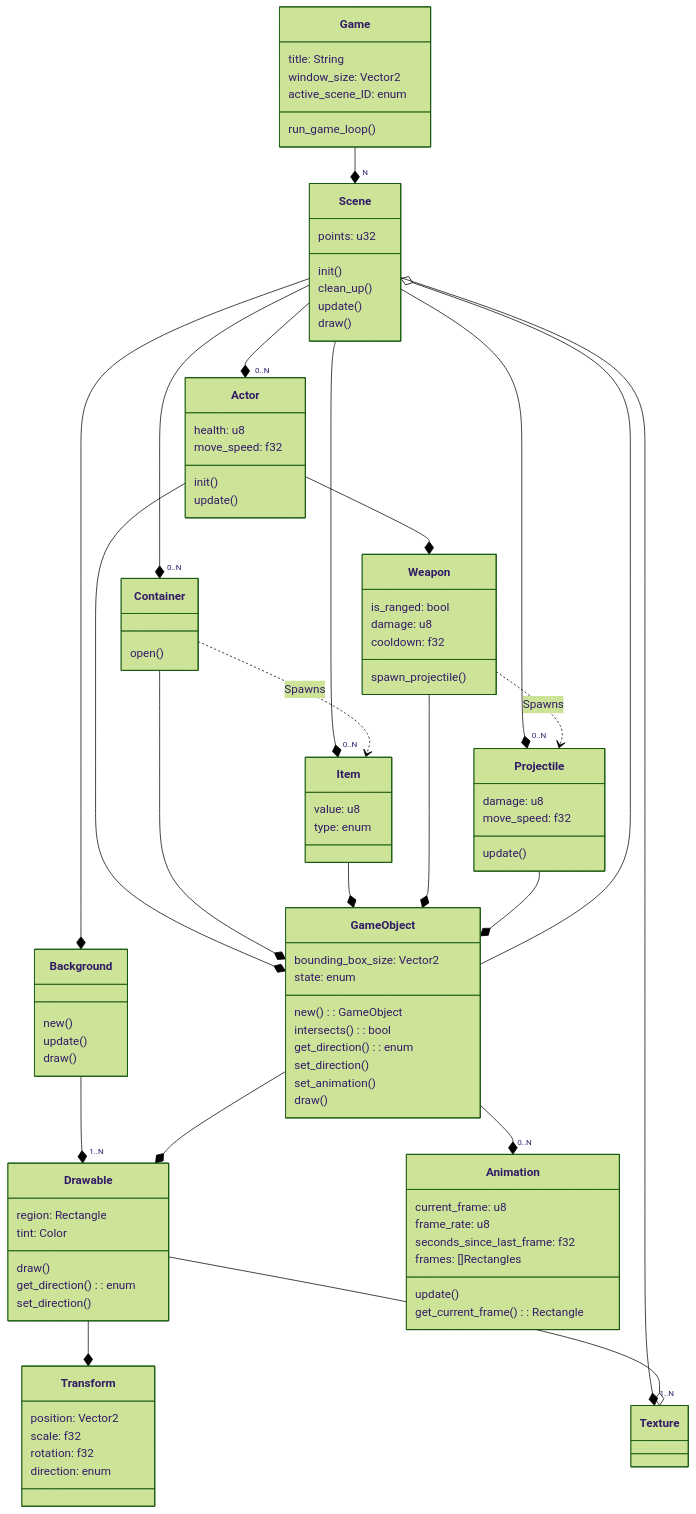
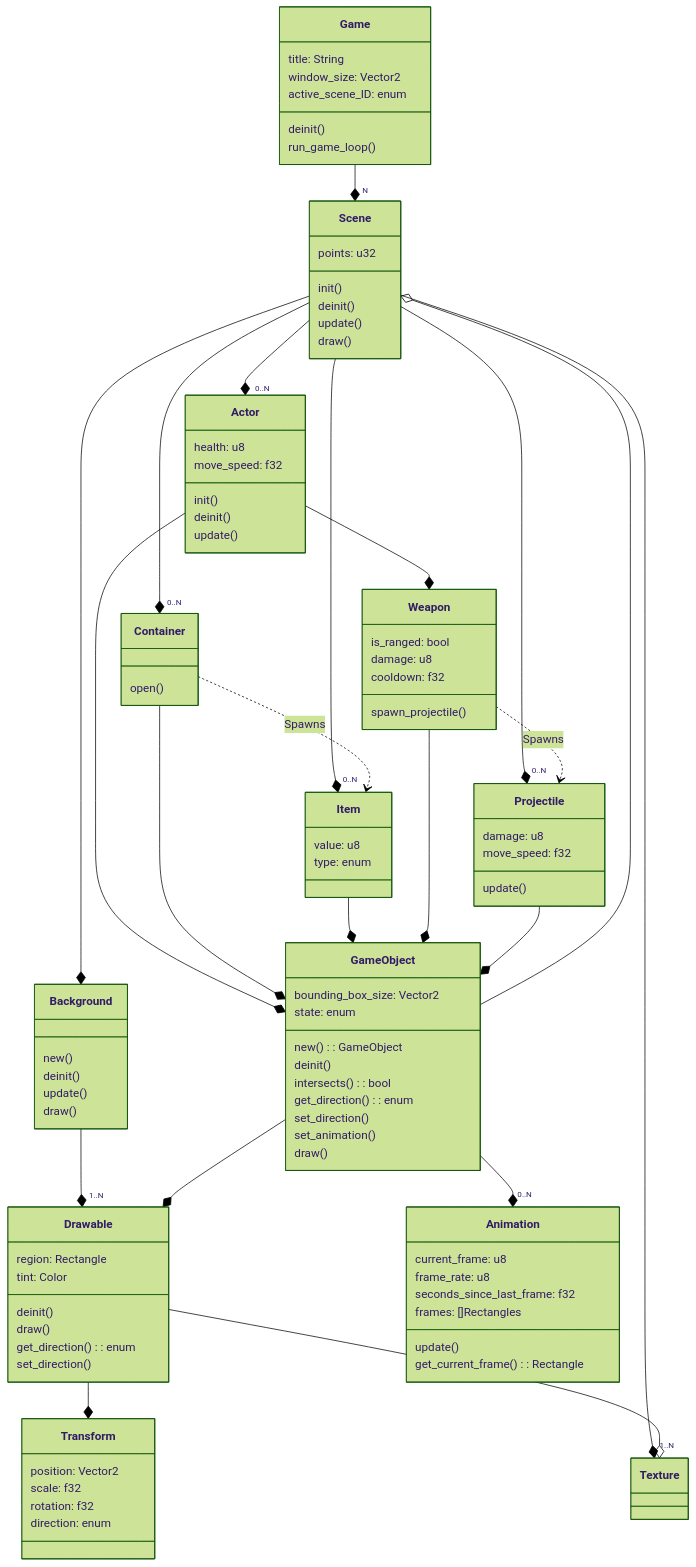
One commit to javiersalcedopuyo/bronze_sword changed the diagram in docs/uml.md. Above: the diagram before and after it, drawn with Mermaid (forest theme). The commit also changed 7 other files, not shown here.

```diff
--- a/docs/uml.md
+++ b/docs/uml.md
@@ -2,6 +2,7 @@
 classDiagram
 
 class Game{
+    deinit()
     run_game_loop()
     title: String
     window_size: Vector2
@@ -10,7 +11,7 @@
 
 class Scene{
     init()
-    clean_up()
+    deinit()
     update()
     draw()
     points: u32
@@ -18,6 +19,7 @@
 
 class Actor{
     init()
+    deinit()
     update()
     health: u8
     move_speed: f32
@@ -30,11 +32,13 @@
 
 class Background{
     new()
+    deinit()
     update()
     draw()
 }
 
 class Drawable{
+    deinit()
     draw()
     get_direction(): enum
     set_direction()
@@ -64,6 +68,7 @@
 
 class GameObject{
     new(): GameObject
+    deinit()
     intersects(): bool
     get_direction(): enum
     set_direction()
```
